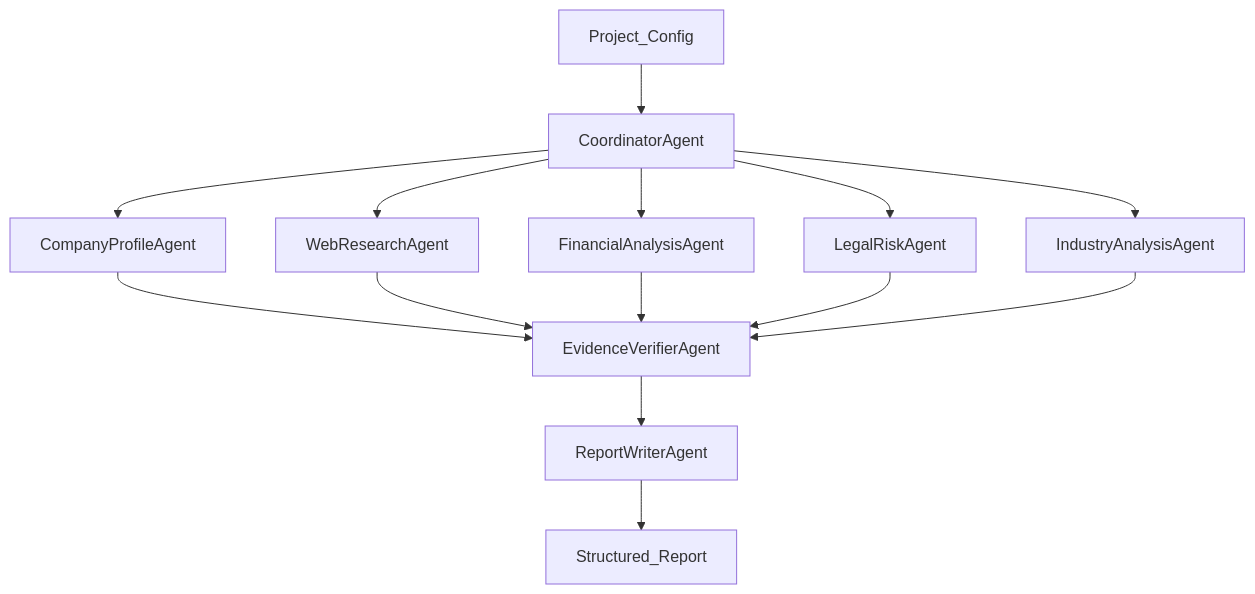
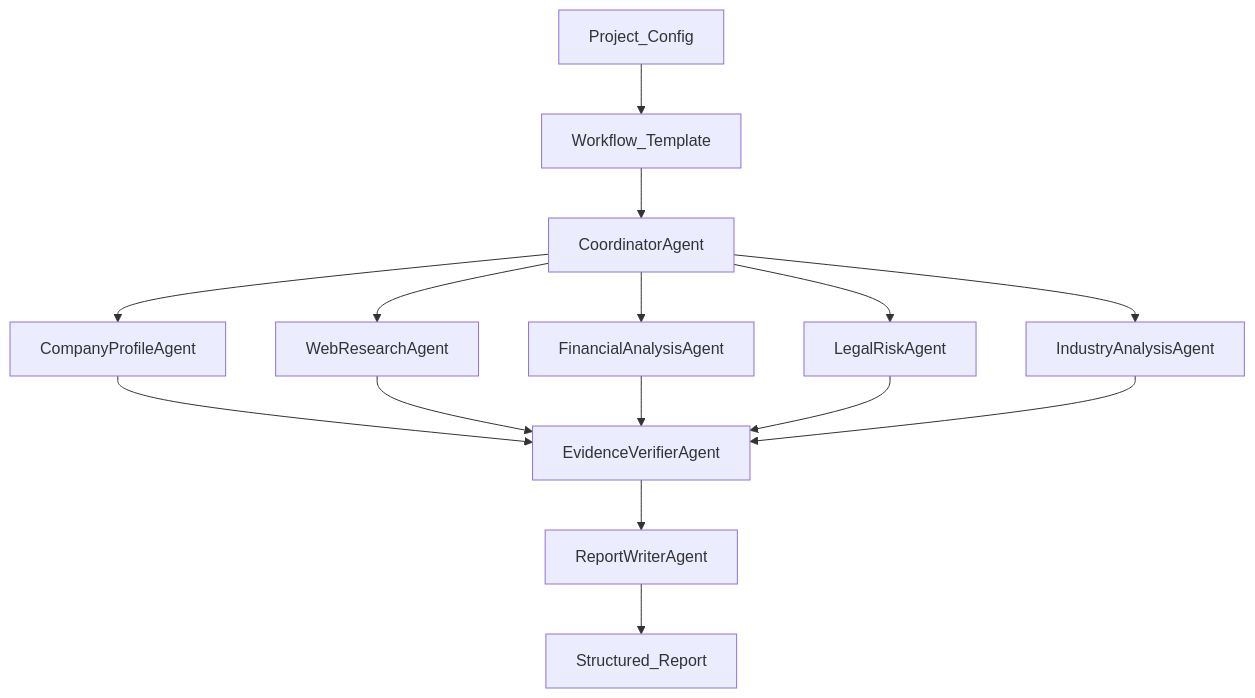
The diagram in docs/agent_flow.md (yuanjungod/DD_project), drawn with Mermaid before and after one commit. The commit also changed other lines of this file and 51 other files, not shown here.

````diff
--- a/docs/agent_flow.md
+++ b/docs/agent_flow.md
@@ -30,16 +41,17 @@
 ```mermaid
 flowchart TD
-  ProjectConfig[Project_Config] --> Coordinator[CoordinatorAgent]
+  ProjectConfig[Project_Config] --> WorkflowTemplate[Workflow_Template]
+  WorkflowTemplate --> Coordinator[CoordinatorAgent]
   Coordinator --> CompanyProfile[CompanyProfileAgent]
   Coordinator --> WebResearch[WebResearchAgent]
   Coordinator --> Financial[FinancialAnalysisAgent]
   Coordinator --> Legal[LegalRiskAgent]
   Coordinator --> Industry[IndustryAnalysisAgent]
   CompanyProfile --> EvidenceVerifier[EvidenceVerifierAgent]
   WebResearch --> EvidenceVerifier
   Financial --> EvidenceVerifier
   Legal --> EvidenceVerifier
   Industry --> EvidenceVerifier
   EvidenceVerifier --> ReportWriter[ReportWriterAgent]
   ReportWriter --> Report[Structured_Report]
 ```
````
